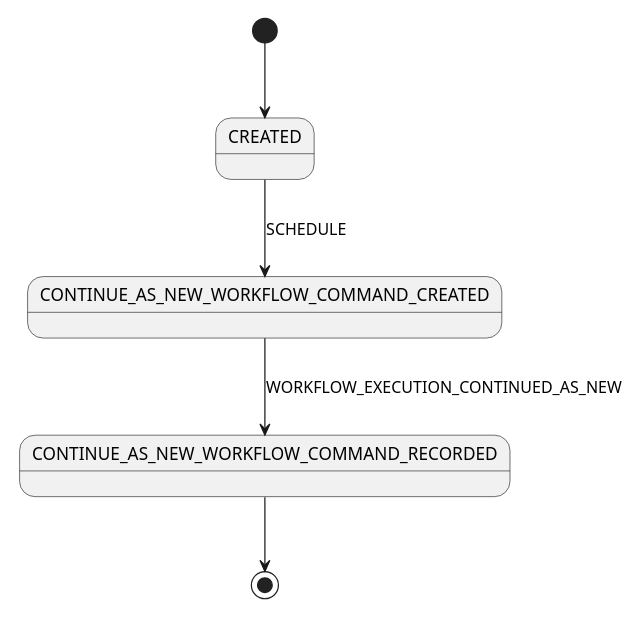
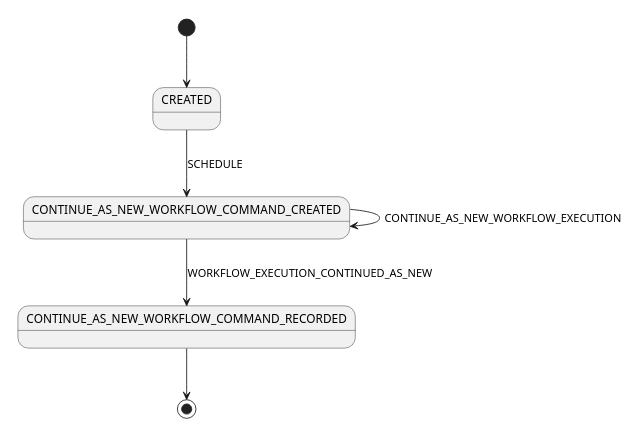
Before and after one commit to mfateev/temporal-java-sdk: the diagram in src/main/java/io/temporal/internal/csm/ContinueAsNewWorkflowCommands.puml, drawn with PlantUML. The commit also changed 35 other files, not shown here.

```diff
--- a/src/main/java/io/temporal/internal/csm/ContinueAsNewWorkflowCommands.puml
+++ b/src/main/java/io/temporal/internal/csm/ContinueAsNewWorkflowCommands.puml
@@ -21,7 +21,8 @@
 @startuml
 scale 350 width
 [*] --> CREATED
 CREATED --> CONTINUE_AS_NEW_WORKFLOW_COMMAND_CREATED: SCHEDULE
+CONTINUE_AS_NEW_WORKFLOW_COMMAND_CREATED --> CONTINUE_AS_NEW_WORKFLOW_COMMAND_CREATED: CONTINUE_AS_NEW_WORKFLOW_EXECUTION
 CONTINUE_AS_NEW_WORKFLOW_COMMAND_CREATED --> CONTINUE_AS_NEW_WORKFLOW_COMMAND_RECORDED: WORKFLOW_EXECUTION_CONTINUED_AS_NEW
 CONTINUE_AS_NEW_WORKFLOW_COMMAND_RECORDED --> [*]
 @enduml
```
